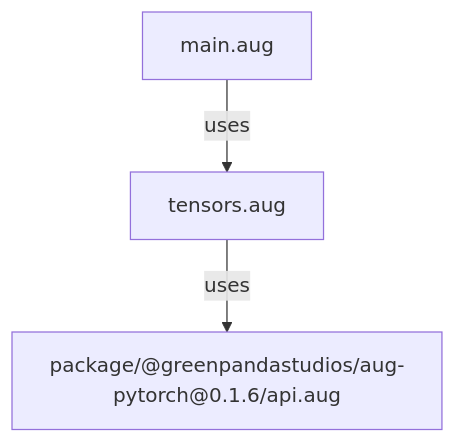
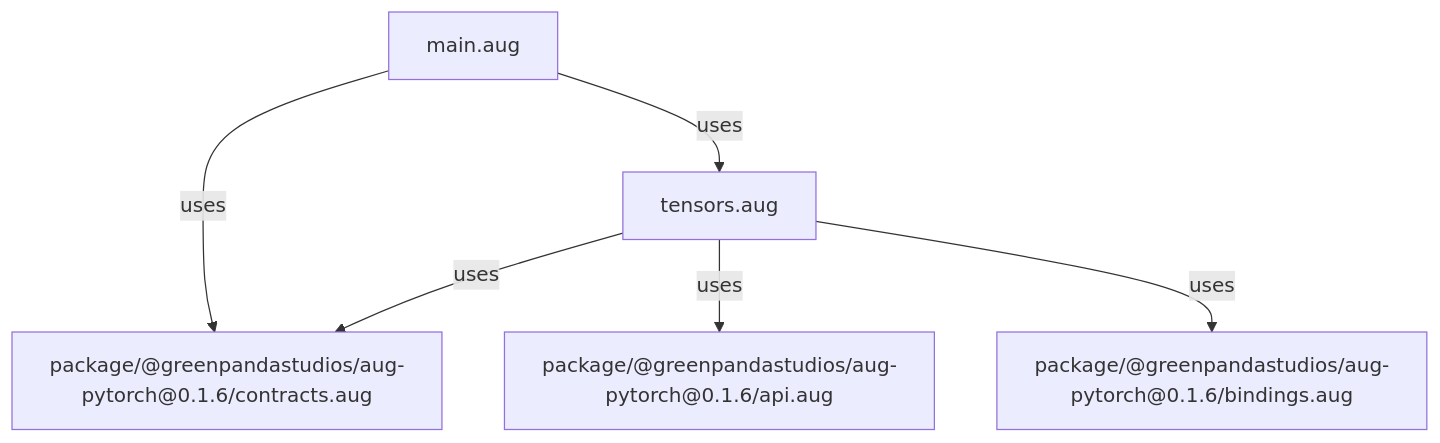
One commit to GreenPandaStudios/augscript changed the second of 2 diagrams in docs/examples/native-pytorch/diagrams/index.md. Above: the diagram before and after it, drawn with Mermaid. The commit also changed other lines of this file and 289 other files, not shown here.

Commit message:
Correct diagram control flow and complete generated wiki navigation

````diff
--- a/docs/examples/native-pytorch/diagrams/index.md
+++ b/docs/examples/native-pytorch/diagrams/index.md
@@ -30,8 +30,13 @@
 ```mermaid
 flowchart TD
     n0["main.aug"]
     n1["package/@greenpandastudios/aug-pytorch@0.1.6/api.aug"]
-    n2["tensors.aug"]
-    n0 -->|"uses"| n2
-    n2 -->|"uses"| n1
+    n2["package/@greenpandastudios/aug-pytorch@0.1.6/bindings.aug"]
+    n3["package/@greenpandastudios/aug-pytorch@0.1.6/contracts.aug"]
+    n4["tensors.aug"]
+    n0 -->|"uses"| n3
+    n0 -->|"uses"| n4
+    n4 -->|"uses"| n1
+    n4 -->|"uses"| n2
+    n4 -->|"uses"| n3
 ```
````
